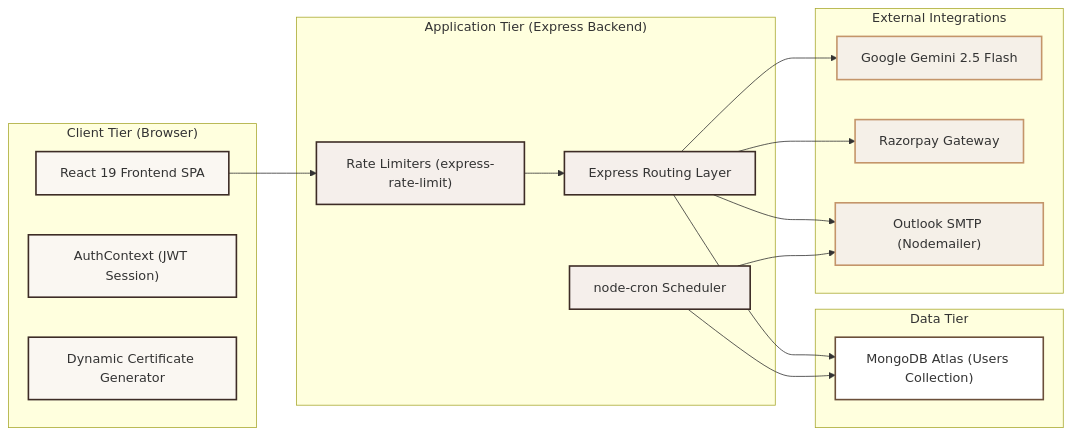
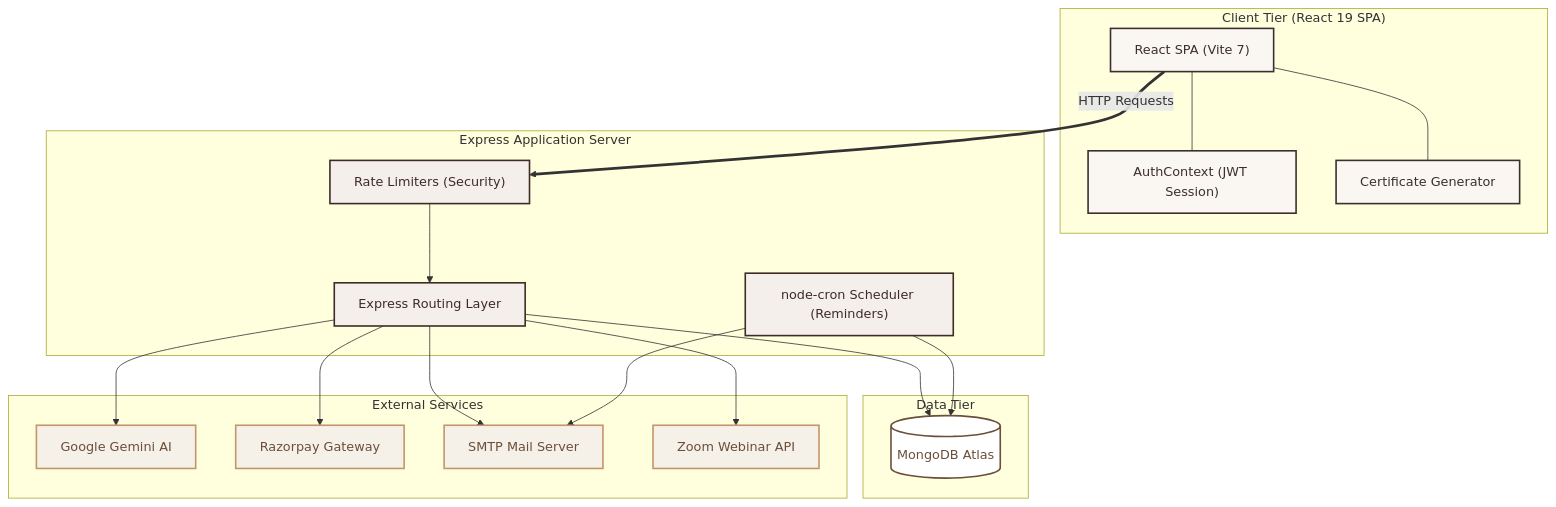
Before and after one commit to akshayaav246-collab/LeadwithAI: the first of 3 diagrams in README.md, drawn with Mermaid. The commit also changed other lines of this file, not shown here.

Commit message:
Workflow diagram updated

````diff
--- a/README.md
+++ b/README.md
@@ -144,39 +150,52 @@
 ```mermaid
-graph LR
-    classDef browser fill:#FAF7F2,stroke:#3D2C26,stroke-width:2px;
-    classDef backend fill:#F5EFEB,stroke:#3D2C26,stroke-width:2px;
-    classDef db fill:#FFFFFF,stroke:#6B4F3A,stroke-width:2px;
-    classDef ext fill:#F5F0E8,stroke:#C4956A,stroke-width:2px;
+graph TD
+    %% Custom Styles aligning with the Luxury Design System
+    classDef client fill:#FAF7F2,stroke:#3B2F2F,stroke-width:2px,color:#3B2F2F;
+    classDef backend fill:#F5EFEB,stroke:#3D2C26,stroke-width:2px,color:#3D2C26;
+    classDef db fill:#FFFFFF,stroke:#6B4F3A,stroke-width:2px,color:#6B4F3A;
+    classDef ext fill:#F5F0E8,stroke:#C4956A,stroke-width:2px,color:#6B4F3A;
 
-    subgraph UserSpace["Client Tier (Browser)"]
-        SPA["React 19 Frontend SPA"]:::browser
-        AC["AuthContext (JWT Session)"]:::browser
-        Cert["Dynamic Certificate Generator"]:::browser
+    %% 1. CLIENT TIER (Top)
+    subgraph Client ["Client Tier (React 19 SPA)"]
+        SPA["React SPA (Vite 7)"]:::client
+        Auth["AuthContext (JWT Session)"]:::client
+        Cert["Certificate Generator"]:::client
+        
+        SPA --- Auth
+        SPA --- Cert
     end
 
-    subgraph AppSpace["Application Tier (Express Backend)"]
-        RL["Rate Limiters (express-rate-limit)"]:::backend
+    %% 2. BACKEND TIER (Middle)
+    subgraph Server ["Express Application Server"]
+        RL["Rate Limiters (Security)"]:::backend
         API["Express Routing Layer"]:::backend
-        Cron["node-cron Scheduler"]:::backend
+        Cron["node-cron Scheduler (Reminders)"]:::backend
+        
+        RL --> API
     end
 
-    subgraph DataSpace["Data Tier"]
-        DB["MongoDB Atlas (Users Collection)"]:::db
+    %% 3. DATA & INTEGRATIONS TIER (Bottom)
+    subgraph Storage ["Data Tier"]
+        DB[(MongoDB Atlas)]:::db
     end
 
-    subgraph ServiceSpace["External Integrations"]
-        Gemini["Google Gemini 2.5 Flash"]:::ext
+    subgraph Integrations ["External Services"]
+        Gemini["Google Gemini AI"]:::ext
         Razorpay["Razorpay Gateway"]:::ext
-        SMTP["Outlook SMTP (Nodemailer)"]:::ext
+        SMTP["SMTP Mail Server"]:::ext
+        Zoom["Zoom Webinar API"]:::ext
     end
 
-    SPA --> RL
-    RL --> API
+    %% TIER CONNECTIONS (Vertical, clean flows)
+    SPA ==>|HTTP Requests| RL
+    
     API --> DB
     Cron --> DB
     
     API --> Gemini
     API --> Razorpay
     API --> SMTP
+    API --> Zoom
+    
     Cron --> SMTP
 ```
````
